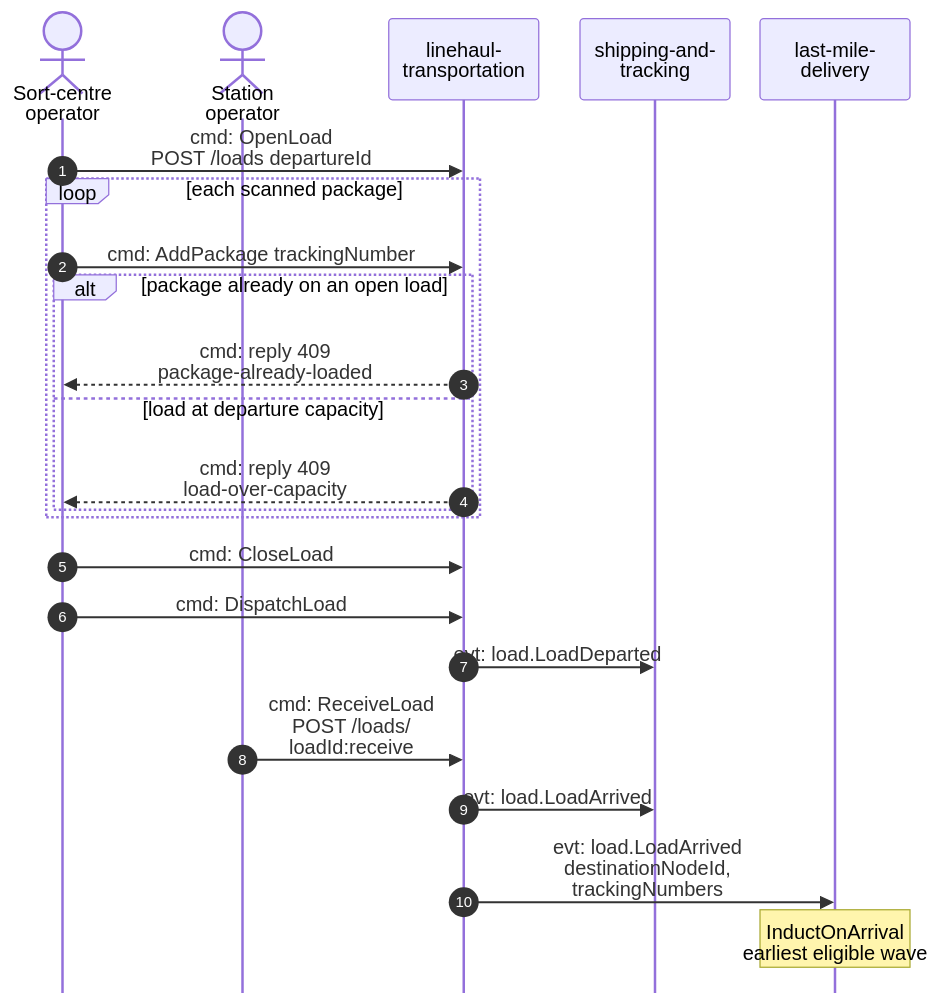
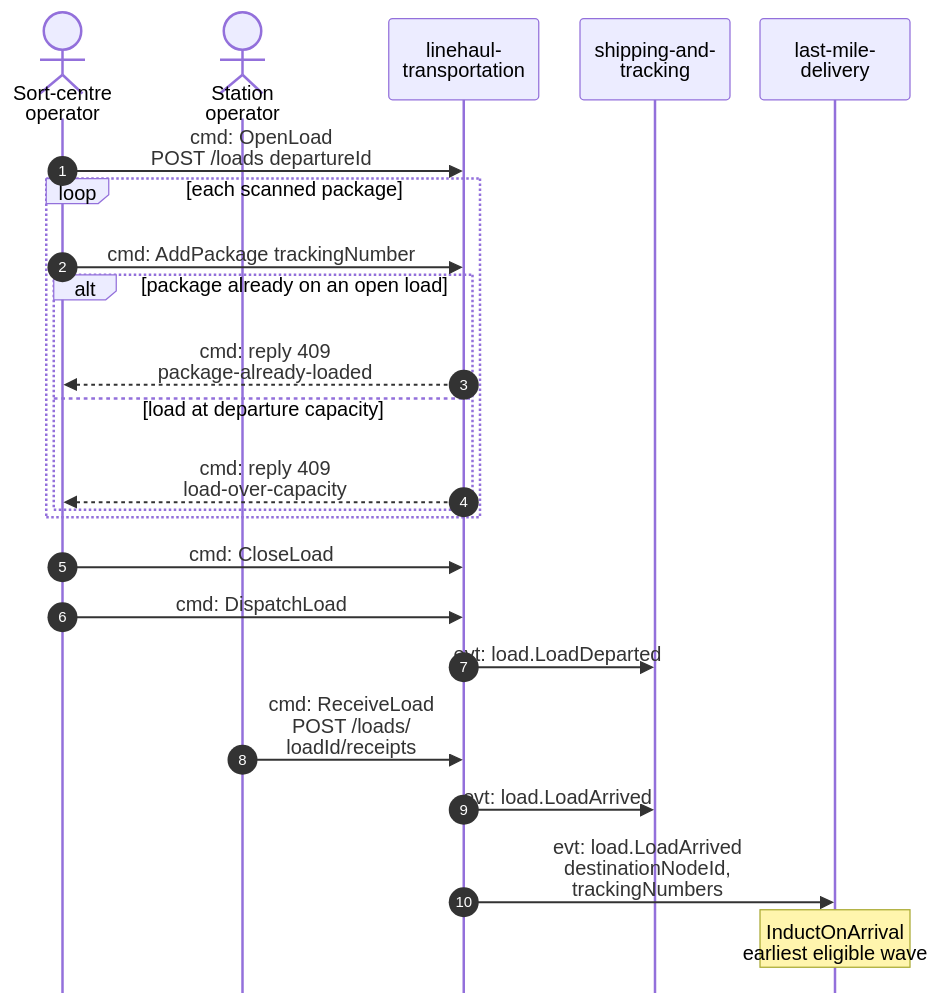
The fourth of 5 diagrams in network/docs/contexts/linehaul-transportation/domain-message-flow.md (IQVO/warehouse-docs), drawn with Mermaid before and after one commit. The commit also changed other lines of this file and 8 other files, not shown here.

````diff
--- a/network/docs/contexts/linehaul-transportation/domain-message-flow.md
+++ b/network/docs/contexts/linehaul-transportation/domain-message-flow.md
@@ -119,26 +119,26 @@
 ```mermaid
 %%{init: {"sequence": {"wrap": true, "width": 120, "actorMargin": 24, "messageMargin": 28, "boxMargin": 6, "noteMargin": 6, "mirrorActors": false}}}%%
 sequenceDiagram
     autonumber
     actor SC as Sort-centre<br/>operator
     actor DS as Station<br/>operator
     participant LH as linehaul-<br/>transportation
     participant ST as shipping-and-<br/>tracking
     participant LM as last-mile-<br/>delivery
     SC->>LH: cmd: OpenLoad<br/>POST /loads departureId
     loop each scanned package
         SC->>LH: cmd: AddPackage trackingNumber
         alt package already on an open load
             LH-->>SC: cmd: reply 409<br/>package-already-loaded
         else load at departure capacity
             LH-->>SC: cmd: reply 409<br/>load-over-capacity
         end
     end
     SC->>LH: cmd: CloseLoad
     SC->>LH: cmd: DispatchLoad
     LH->>ST: evt: load.LoadDeparted
-    DS->>LH: cmd: ReceiveLoad<br/>POST /loads/<br/>loadId:receive
+    DS->>LH: cmd: ReceiveLoad<br/>POST /loads/<br/>loadId/receipts
     LH->>ST: evt: load.LoadArrived
     LH->>LM: evt: load.LoadArrived<br/>destinationNodeId,<br/>trackingNumbers
     Note over LM: InductOnArrival<br/>earliest eligible wave
 ```
````
